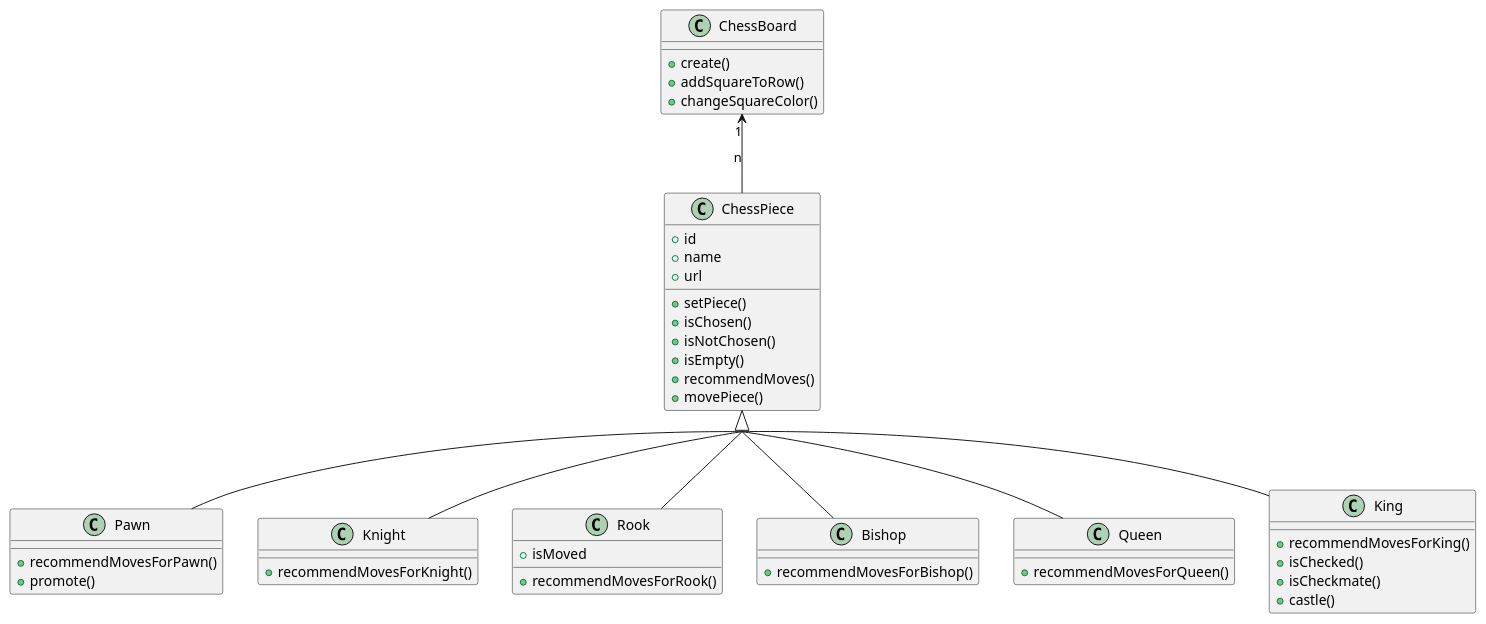
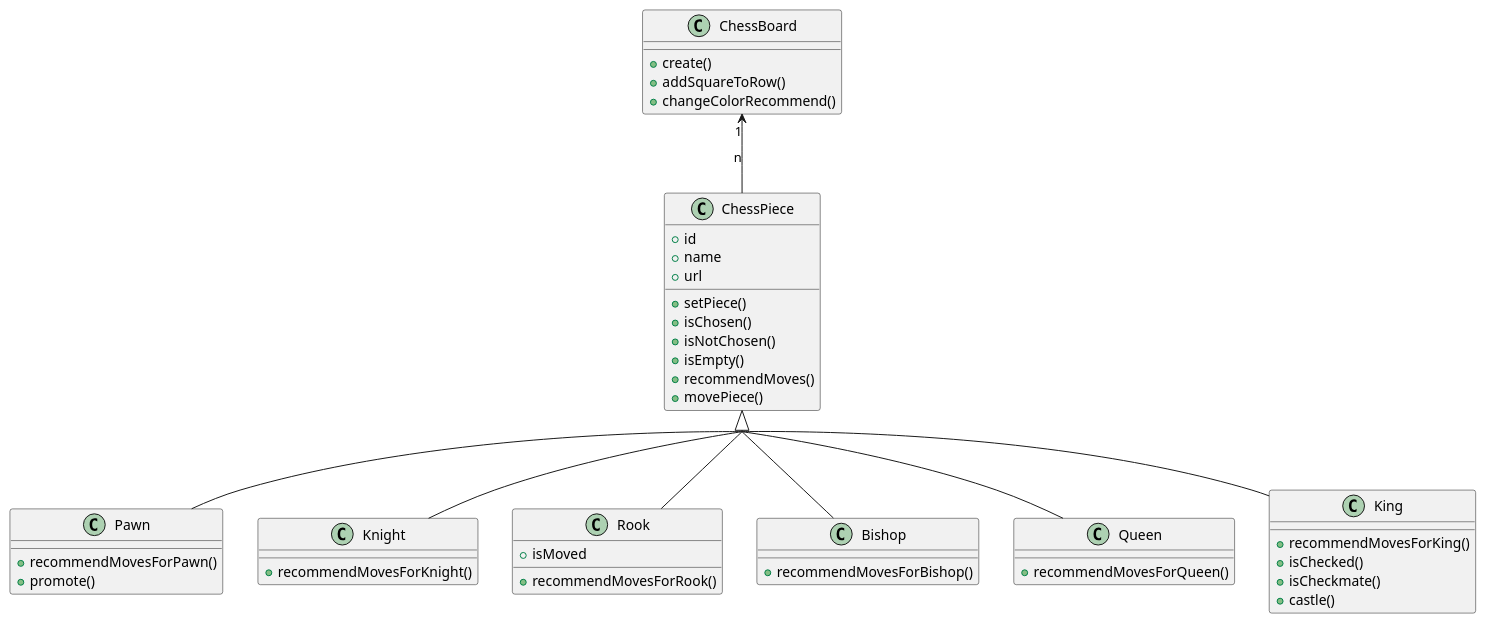
One commit to BachDi/chess_game changed the diagram in UML/ClassDiagram.plantuml. Above: the diagram before and after it, drawn with PlantUML. The commit also changed 7 other files, not shown here.

```diff
--- a/UML/ClassDiagram.plantuml
+++ b/UML/ClassDiagram.plantuml
@@ -1,50 +1,50 @@
 @startuml ChessBoard
 skinparam groupInheritance 2
 class ChessBoard {
     + create()
     + addSquareToRow()
-    + changeSquareColor()
+    + changeColorRecommend()
 }
 class ChessPiece {
     + id
     + name 
     + url 
     + setPiece() 
     + isChosen() 
     + isNotChosen()
     + isEmpty()
     + recommendMoves() 
     + movePiece()
 }
 class Pawn {
     + recommendMovesForPawn()
     + promote()
 }
 class Knight {
     + recommendMovesForKnight()
 }
 class Rook {
     + isMoved
     + recommendMovesForRook()
 }
 class Bishop {
     + recommendMovesForBishop()
 }
 class Queen {
     + recommendMovesForQueen()
 }
 class King {
     + recommendMovesForKing()
     + isChecked()
     + isCheckmate()
     + castle()
 }
 
 ChessBoard "1" <-- "n" ChessPiece
 ChessPiece <|-- Pawn 
 ChessPiece <|-- Rook 
 ChessPiece <|-- Knight 
 ChessPiece <|-- Bishop 
 ChessPiece <|-- Queen  
 ChessPiece <|-- King 
 @enduml
```
